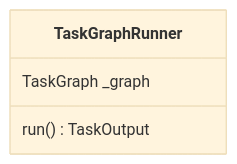
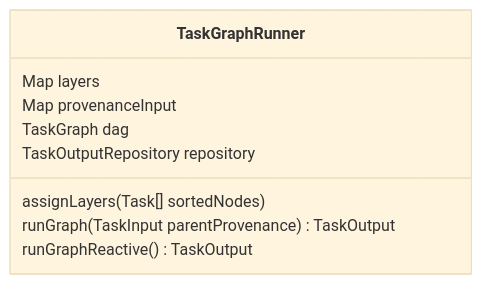
One commit to sroussey/ellmers changed the fourth of 5 diagrams in docs/developers/02_architecture.md. Above: the diagram before and after it, drawn with Mermaid (base theme). The commit also changed other lines of this file and 2 other files, not shown here.

````diff
--- a/docs/developers/02_architecture.md
+++ b/docs/developers/02_architecture.md
@@ -264,9 +264,14 @@
 ```mermaid
 classDiagram
 
   class TaskGraphRunner{
-    TaskGraph _graph
-    run() TaskOutput
+    Map<number, Task[]> layers
+    Map<unknown, TaskInput> provenanceInput
+    TaskGraph dag
+    TaskOutputRepository repository
+    assignLayers(Task[] sortedNodes)
+    runGraph(TaskInput parentProvenance) TaskOutput
+    runGraphReactive() TaskOutput
   }
 
 ```
````
